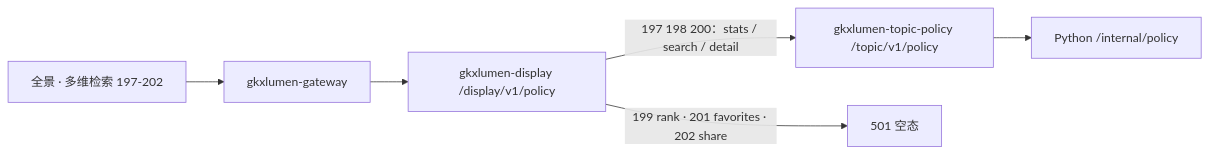
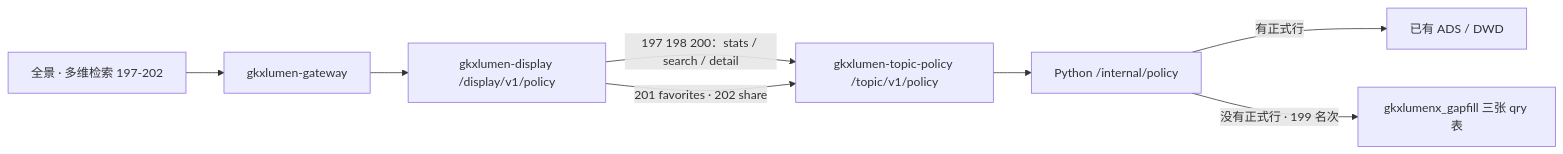
The diagram in agent-delivery/agent-handoffs/科技政策跟踪-POL/sdd/l2/POL-L2-DS10-QRY-ARCH.md (Marisolebxf/-), drawn with Mermaid before and after one commit. The commit also changed other lines of this file and 2 other files, not shown here.

First line of the commit message:
docs(policy): 按说明书第11节重新签收多维检索架构 [agent:architect-agent]

````diff
--- a/agent-delivery/agent-handoffs/科技政策跟踪-POL/sdd/l2/POL-L2-DS10-QRY-ARCH.md
+++ b/agent-delivery/agent-handoffs/科技政策跟踪-POL/sdd/l2/POL-L2-DS10-QRY-ARCH.md
@@ -57,12 +58,14 @@
 ```mermaid
 flowchart LR
   fe["全景 · 多维检索 197-202"]
   gw["gkxlumen-gateway"]
   bff["gkxlumen-display /display/v1/policy"]
   tp["gkxlumen-topic-policy /topic/v1/policy"]
   py["Python /internal/policy"]
-  empty["501 空态"]
+  gap["gkxlumenx_gapfill 三张 qry 表"]
   fe --> gw --> bff
   bff -->|"197 198 200：stats / search / detail"| tp --> py
-  bff -->|"199 rank · 201 favorites · 202 share"| empty
+  py -->|"有正式行"| ads["已有 ADS / DWD"]
+  py -->|"没有正式行 · 199 名次"| gap
+  bff -->|"201 favorites · 202 share"| tp
 ```
````
